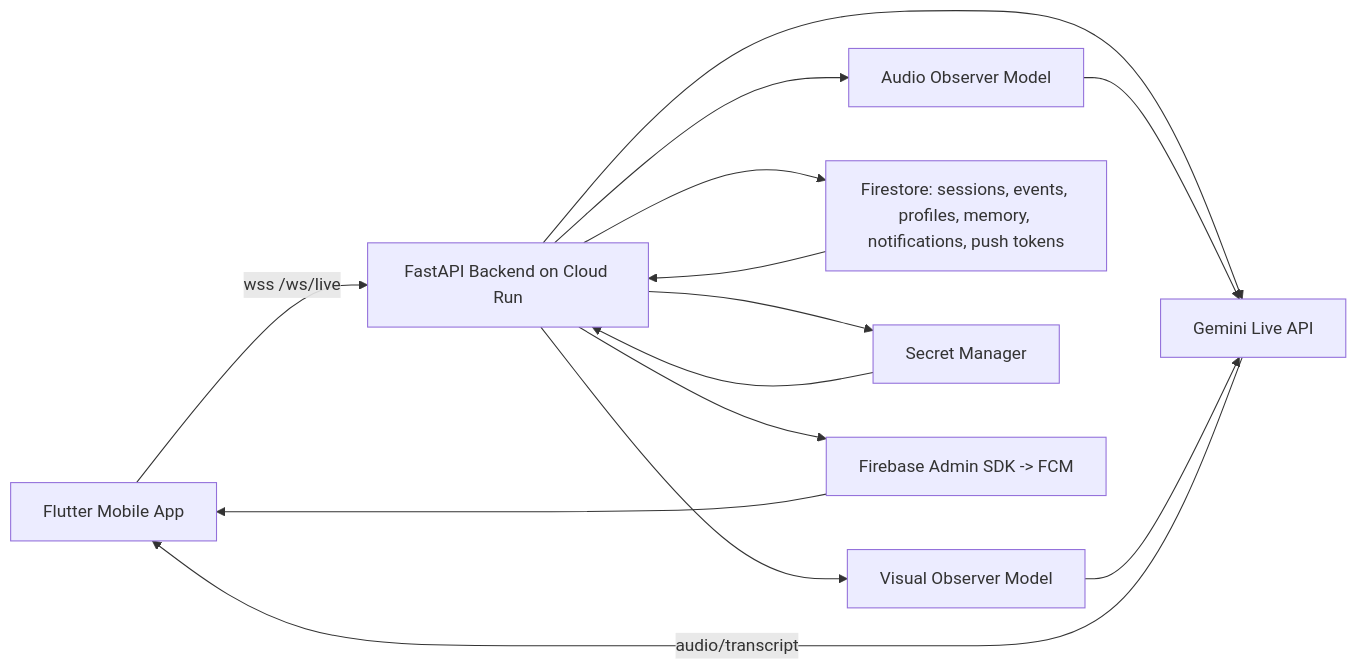
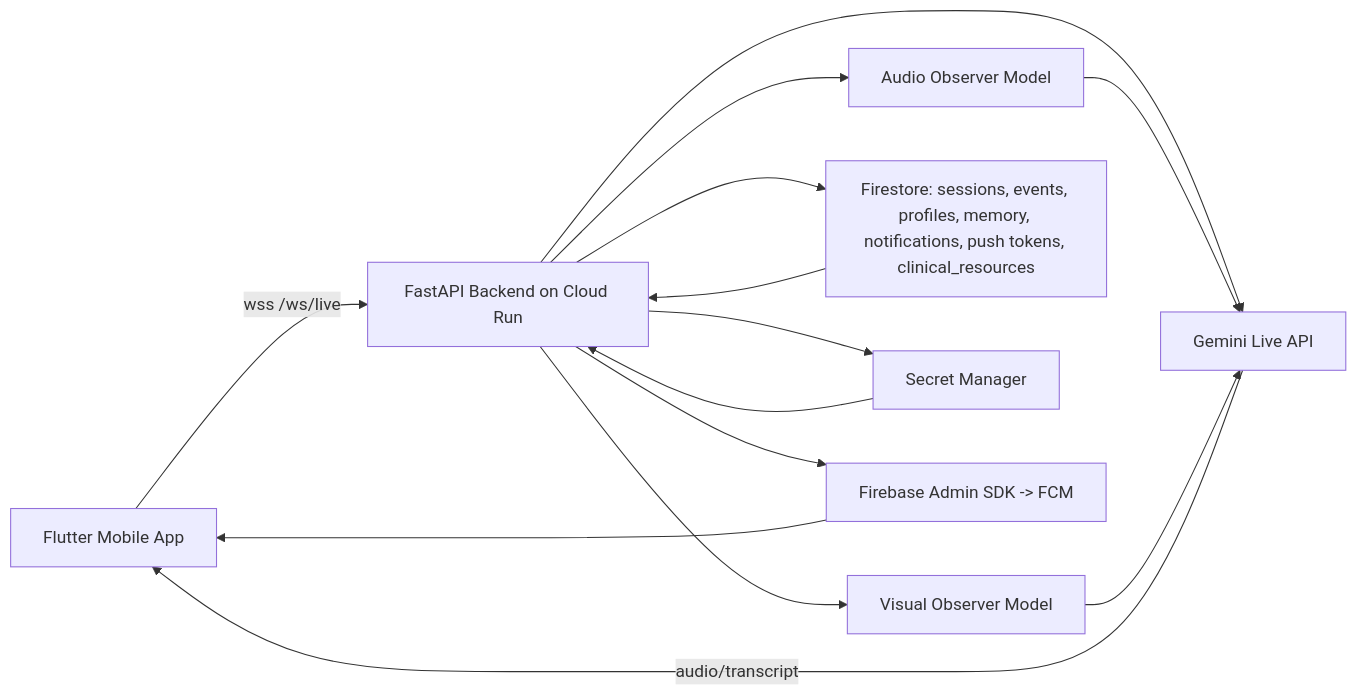
Before and after one commit to Psianturi/neuro-decode: the diagram in README.md, drawn with Mermaid. The commit also changed other lines of this file and 5 other files, not shown here.

````diff
--- a/README.md
+++ b/README.md
@@ -39,16 +158,16 @@
 ```mermaid
 flowchart LR
     A[Flutter Mobile App] -->|wss /ws/live| B[FastAPI Backend on Cloud Run]
     B --> C[Gemini Live API]
     B --> D[Audio Observer Model]
     B --> E[Visual Observer Model]
-    B --> F[Firestore: sessions, events, profiles, memory, notifications, push tokens]
+    B --> F[Firestore: sessions, events, profiles, memory, notifications, push tokens, clinical_resources]
     B --> G[Secret Manager]
     B --> H[Firebase Admin SDK -> FCM]
     D --> C
     E --> C
     F --> B
     G --> B
     H --> A
     C -->|audio/transcript| A
 ```
````
